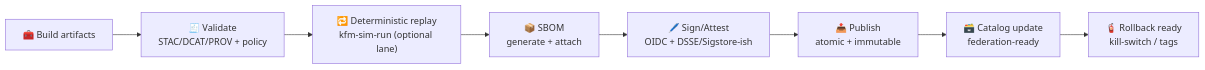
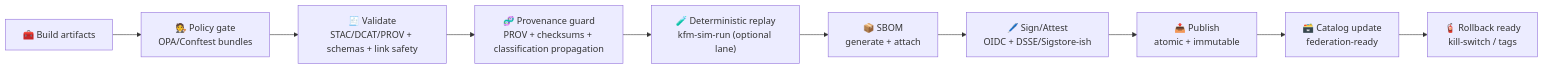
Before and after one commit to bartytime4life/Kansas-Frontier-Matrix: the third of 3 diagrams in .github/README.md, drawn with Mermaid. The commit also changed other lines of this file, not shown here.

````diff
--- a/.github/README.md
+++ b/.github/README.md
@@ -214,10 +233,12 @@
 ```mermaid
 flowchart LR
-  A["🧰 Build artifacts"] --> B["🧾 Validate<br/>STAC/DCAT/PROV + policy"]
-  B --> C["🔁 Deterministic replay<br/>kfm-sim-run (optional lane)"]
-  C --> D["📦 SBOM<br/>generate + attach"]
-  D --> E["🖊️ Sign/Attest<br/>OIDC + DSSE/Sigstore-ish"]
-  E --> F["📤 Publish<br/>atomic + immutable"]
-  F --> G["🗃️ Catalog update<br/>federation-ready"]
-  G --> H["🧯 Rollback ready<br/>kill-switch / tags"]
+  A["🧰 Build artifacts"] --> B["🧑‍⚖️ Policy gate<br/>OPA/Conftest bundles"]
+  B --> C["🧾 Validate<br/>STAC/DCAT/PROV + schemas + link safety"]
+  C --> D["🧬 Provenance guard<br/>PROV + checksums + classification propagation"]
+  D --> E["🧪 Deterministic replay<br/>kfm-sim-run (optional lane)"]
+  E --> F["📦 SBOM<br/>generate + attach"]
+  F --> G["🖊️ Sign/Attest<br/>OIDC + DSSE/Sigstore-ish"]
+  G --> H["📤 Publish<br/>atomic + immutable"]
+  H --> I["🗃️ Catalog update<br/>federation-ready"]
+  I --> J["🧯 Rollback ready<br/>kill-switch / tags"]
 ```
````
